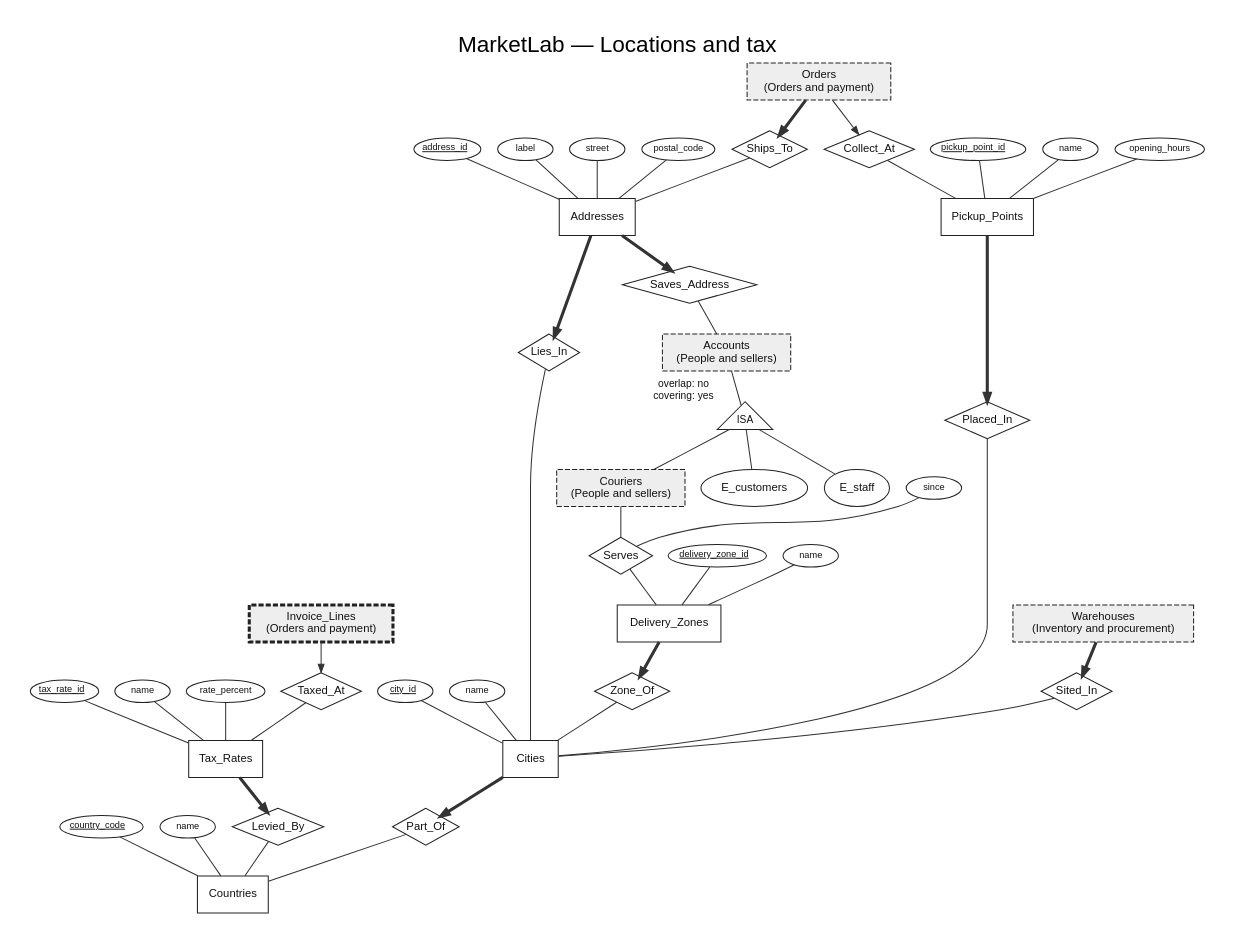
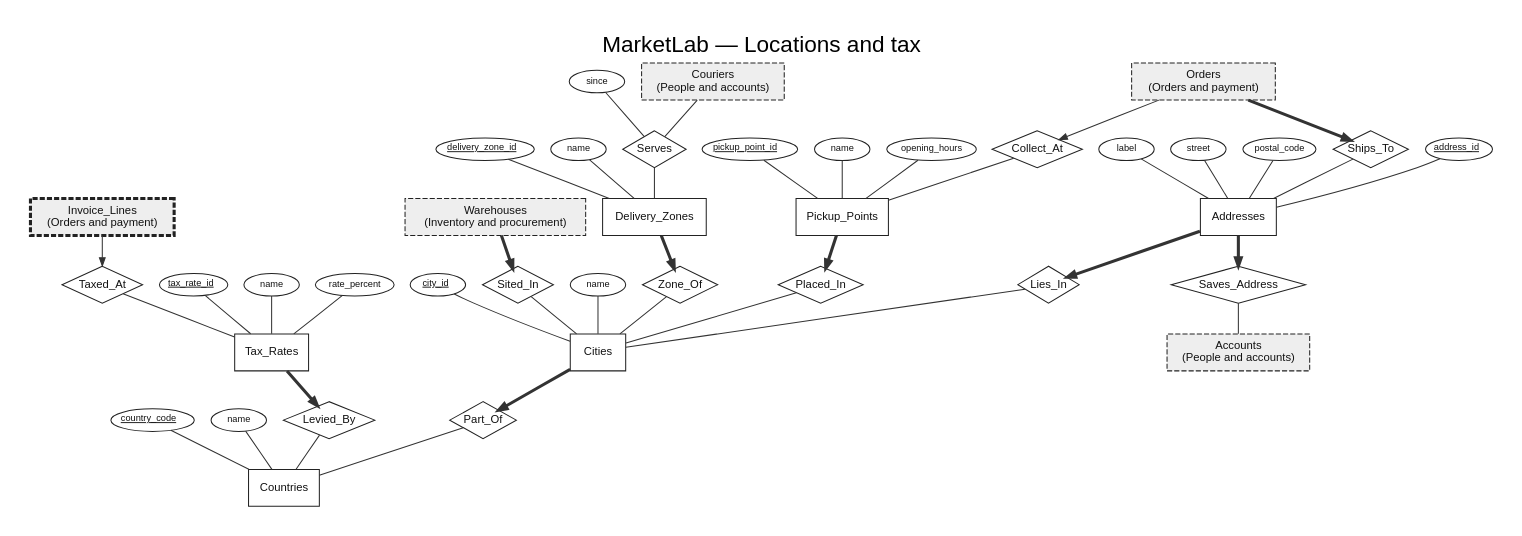
The diagram in docs/er/area-locations.dot (Barlassen/CS_202_Project), drawn with Graphviz before and after one commit. The commit also changed 47 other files, not shown here.

First line of the commit message:
Word submission document generated from the ER model

```diff
--- a/docs/er/area-locations.dot
+++ b/docs/er/area-locations.dot
@@ -1,93 +1,88 @@
 digraph ER {
 graph [compound=true, rankdir=TB, newrank=true, nodesep=0.22, ranksep=0.42, fontname="Helvetica", fontsize=22, labelloc=t, label="MarketLab — Locations and tax", pad=0.3];
 node [fontname="Helvetica", fontsize=11, color="#222222", fontcolor="#111111"];
 edge [color="#333333", arrowsize=0.8, fontname="Helvetica", fontsize=9];
 E_accounts [shape=box, style="filled,dashed", fillcolor="#eeeeee", penwidth=1, label="Accounts
-(People and sellers)"];
+(People and accounts)"];
 E_addresses [shape=box, penwidth=1, label="Addresses"];
 A__addresses__address_id [shape=ellipse, fontsize=9, margin="0.04,0.02", height=0.3, label=<<U>address_id</U>>];
 A__addresses__address_id -> E_addresses [dir=none];
 A__addresses__label [shape=ellipse, fontsize=9, margin="0.04,0.02", height=0.3, label="label"];
 A__addresses__label -> E_addresses [dir=none];
 A__addresses__street [shape=ellipse, fontsize=9, margin="0.04,0.02", height=0.3, label="street"];
 A__addresses__street -> E_addresses [dir=none];
 A__addresses__postal_code [shape=ellipse, fontsize=9, margin="0.04,0.02", height=0.3, label="postal_code"];
 A__addresses__postal_code -> E_addresses [dir=none];
 E_cities [shape=box, penwidth=1, label="Cities"];
 A__cities__city_id [shape=ellipse, fontsize=9, margin="0.04,0.02", height=0.3, label=<<U>city_id</U>>];
 A__cities__city_id -> E_cities [dir=none];
 A__cities__name [shape=ellipse, fontsize=9, margin="0.04,0.02", height=0.3, label="name"];
 A__cities__name -> E_cities [dir=none];
 E_countries [shape=box, penwidth=1, label="Countries"];
 A__countries__country_code [shape=ellipse, fontsize=9, margin="0.04,0.02", height=0.3, label=<<U>country_code</U>>];
 A__countries__country_code -> E_countries [dir=none];
 A__countries__name [shape=ellipse, fontsize=9, margin="0.04,0.02", height=0.3, label="name"];
 A__countries__name -> E_countries [dir=none];
 E_couriers [shape=box, style="filled,dashed", fillcolor="#eeeeee", penwidth=1, label="Couriers
-(People and sellers)"];
+(People and accounts)"];
 E_delivery_zones [shape=box, penwidth=1, label="Delivery_Zones"];
 A__delivery_zones__delivery_zone_id [shape=ellipse, fontsize=9, margin="0.04,0.02", height=0.3, label=<<U>delivery_zone_id</U>>];
 A__delivery_zones__delivery_zone_id -> E_delivery_zones [dir=none];
 A__delivery_zones__name [shape=ellipse, fontsize=9, margin="0.04,0.02", height=0.3, label="name"];
 A__delivery_zones__name -> E_delivery_zones [dir=none];
 E_invoice_lines [shape=box, style="filled,dashed", fillcolor="#eeeeee", penwidth=3, label="Invoice_Lines
 (Orders and payment)"];
 E_orders [shape=box, style="filled,dashed", fillcolor="#eeeeee", penwidth=1, label="Orders
 (Orders and payment)"];
 E_pickup_points [shape=box, penwidth=1, label="Pickup_Points"];
 A__pickup_points__pickup_point_id [shape=ellipse, fontsize=9, margin="0.04,0.02", height=0.3, label=<<U>pickup_point_id</U>>];
 A__pickup_points__pickup_point_id -> E_pickup_points [dir=none];
 A__pickup_points__name [shape=ellipse, fontsize=9, margin="0.04,0.02", height=0.3, label="name"];
 A__pickup_points__name -> E_pickup_points [dir=none];
 A__pickup_points__opening_hours [shape=ellipse, fontsize=9, margin="0.04,0.02", height=0.3, label="opening_hours"];
 A__pickup_points__opening_hours -> E_pickup_points [dir=none];
 E_tax_rates [shape=box, penwidth=1, label="Tax_Rates"];
 A__tax_rates__tax_rate_id [shape=ellipse, fontsize=9, margin="0.04,0.02", height=0.3, label=<<U>tax_rate_id</U>>];
 A__tax_rates__tax_rate_id -> E_tax_rates [dir=none];
 A__tax_rates__name [shape=ellipse, fontsize=9, margin="0.04,0.02", height=0.3, label="name"];
 A__tax_rates__name -> E_tax_rates [dir=none];
 A__tax_rates__rate_percent [shape=ellipse, fontsize=9, margin="0.04,0.02", height=0.3, label="rate_percent"];
 A__tax_rates__rate_percent -> E_tax_rates [dir=none];
 E_warehouses [shape=box, style="filled,dashed", fillcolor="#eeeeee", penwidth=1, label="Warehouses
 (Inventory and procurement)"];
 R12 [shape=diamond, penwidth=1, margin="0.02,0.02", label="Part_Of"];
 E_cities -> R12 [dir=forward, arrowhead=normal, penwidth=3];
 R12 -> E_countries [dir=none];
 R13 [shape=diamond, penwidth=1, margin="0.02,0.02", label="Lies_In"];
 E_addresses -> R13 [dir=forward, arrowhead=normal, penwidth=3];
 R13 -> E_cities [dir=none];
 R14 [shape=diamond, penwidth=1, margin="0.02,0.02", label="Saves_Address"];
 E_addresses -> R14 [dir=forward, arrowhead=normal, penwidth=3];
 R14 -> E_accounts [dir=none];
 R15 [shape=diamond, penwidth=1, margin="0.02,0.02", label="Zone_Of"];
 E_delivery_zones -> R15 [dir=forward, arrowhead=normal, penwidth=3];
 R15 -> E_cities [dir=none];
 R16 [shape=diamond, penwidth=1, margin="0.02,0.02", label="Placed_In"];
 E_pickup_points -> R16 [dir=forward, arrowhead=normal, penwidth=3];
 R16 -> E_cities [dir=none];
 R17 [shape=diamond, penwidth=1, margin="0.02,0.02", label="Levied_By"];
 E_tax_rates -> R17 [dir=forward, arrowhead=normal, penwidth=3];
 R17 -> E_countries [dir=none];
 R41 [shape=diamond, penwidth=1, margin="0.02,0.02", label="Sited_In"];
 E_warehouses -> R41 [dir=forward, arrowhead=normal, penwidth=3];
 R41 -> E_cities [dir=none];
 R57 [shape=diamond, penwidth=1, margin="0.02,0.02", label="Collect_At"];
 E_orders -> R57 [dir=forward, arrowhead=normal];
 R57 -> E_pickup_points [dir=none];
 R58 [shape=diamond, penwidth=1, margin="0.02,0.02", label="Ships_To"];
 E_orders -> R58 [dir=forward, arrowhead=normal, penwidth=3];
 R58 -> E_addresses [dir=none];
 R69 [shape=diamond, penwidth=1, margin="0.02,0.02", label="Taxed_At"];
 E_invoice_lines -> R69 [dir=forward, arrowhead=normal];
 R69 -> E_tax_rates [dir=none];
 R92 [shape=diamond, penwidth=1, margin="0.02,0.02", label="Serves"];
 RA92__since [shape=ellipse, fontsize=9, margin="0.04,0.02", height=0.3, label="since"];
 RA92__since -> R92 [dir=none];
 E_couriers -> R92 [dir=none];
 R92 -> E_delivery_zones [dir=none];
-ISA [shape=triangle, label="ISA", fontsize=10, margin=0, xlabel="overlap: no\ncovering: yes"];
-E_accounts -> ISA [dir=none];
-ISA -> E_customers [dir=none];
-ISA -> E_staff [dir=none];
-ISA -> E_couriers [dir=none];
 }
```
